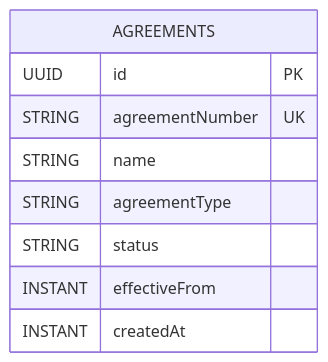
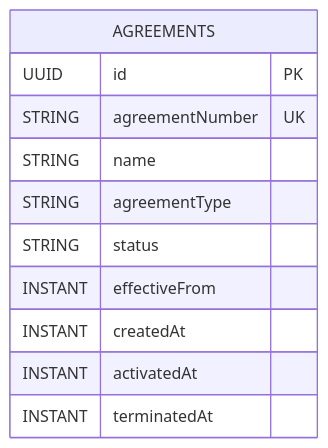
The diagram in docs/agreements-data-model.md (ArcanaERP/platform), drawn with Mermaid before and after one commit. The commit also changed other lines of this file and 13 other files, not shown here.

````diff
--- a/docs/agreements-data-model.md
+++ b/docs/agreements-data-model.md
@@ -7,12 +7,14 @@
 ```mermaid
 erDiagram
     AGREEMENTS {
       UUID id PK
       STRING agreementNumber UK
       STRING name
       STRING agreementType
       STRING status
       INSTANT effectiveFrom
       INSTANT createdAt
+      INSTANT activatedAt
+      INSTANT terminatedAt
     }
 ```
````
